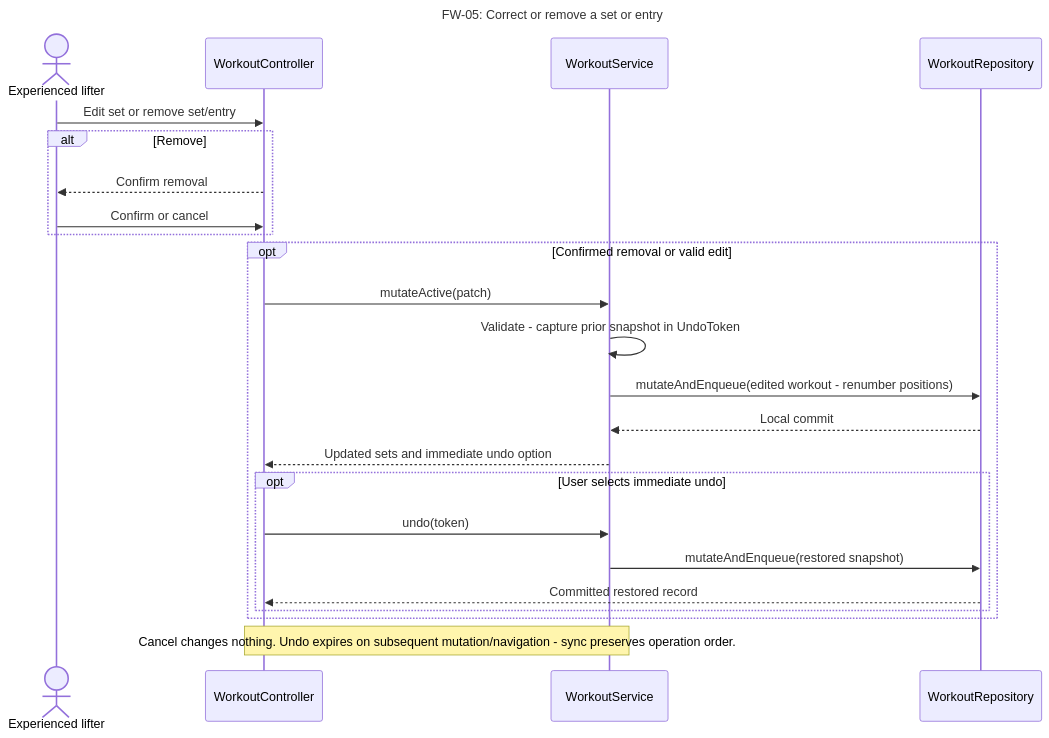
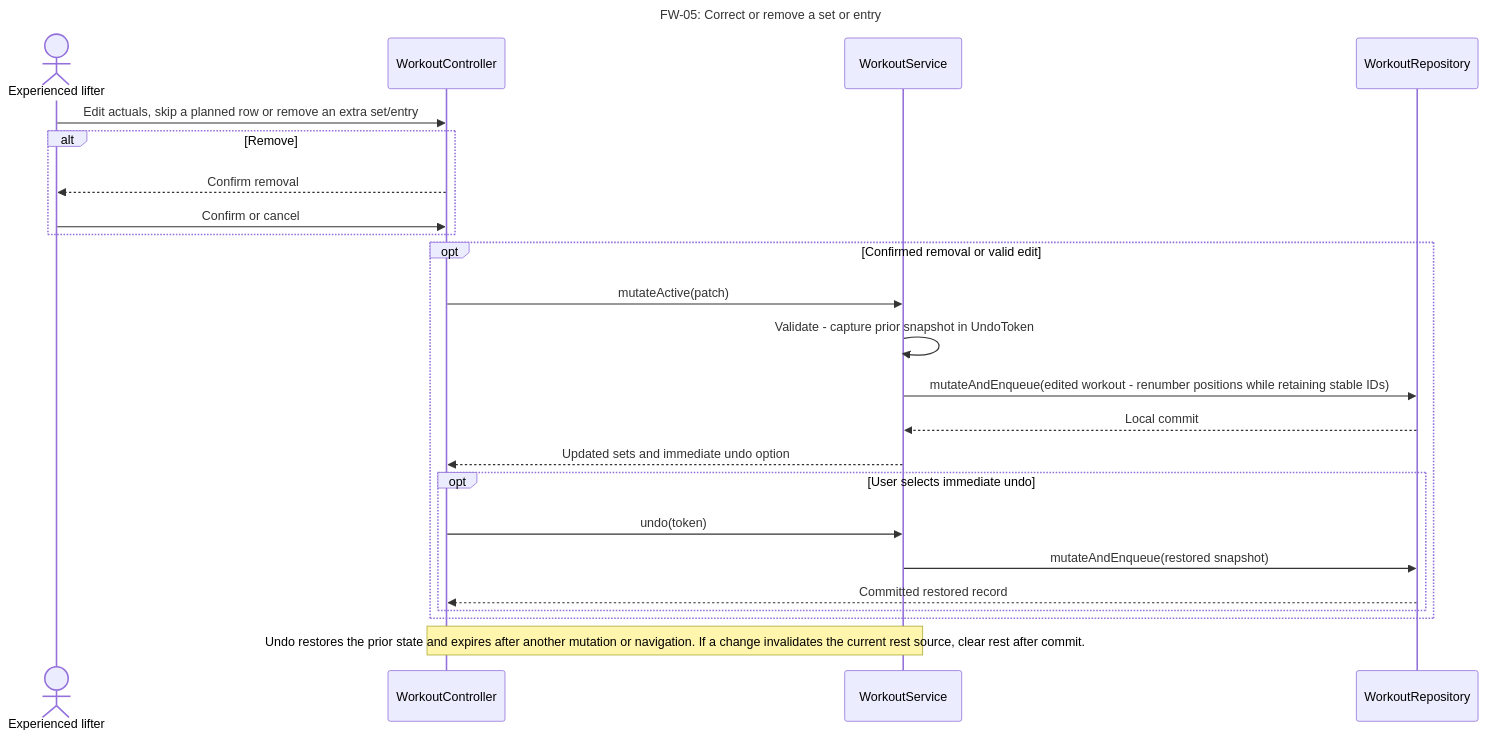
The diagram in docs/part2/design/diagrams/sequence/FW-05.mmd (SebasLopez2005/SWEProject1), drawn with Mermaid before and after one commit. The commit also changed 47 other files, not shown here.

First line of the commit message:
Commit the planned-training design baseline used as One Shot 1 input

```diff
--- a/docs/part2/design/diagrams/sequence/FW-05.mmd
+++ b/docs/part2/design/diagrams/sequence/FW-05.mmd
@@ -1,24 +1,24 @@
 sequenceDiagram
     title FW-05: Correct or remove a set or entry
     actor U as Experienced lifter
     participant C as WorkoutController
     participant S as WorkoutService
     participant R as WorkoutRepository
-    U->>C: Edit set or remove set/entry
+    U->>C: Edit actuals, skip a planned row or remove an extra set/entry
     alt Remove
      C-->>U: Confirm removal
      U->>C: Confirm or cancel
     end
     opt Confirmed removal or valid edit
      C->>S: mutateActive(patch)
      S->>S: Validate -  capture prior snapshot in UndoToken
-     S->>R: mutateAndEnqueue(edited workout -  renumber positions)
+     S->>R: mutateAndEnqueue(edited workout -  renumber positions while retaining stable IDs)
      R-->>S: Local commit
      S-->>C: Updated sets and immediate undo option
      opt User selects immediate undo
       C->>S: undo(token)
       S->>R: mutateAndEnqueue(restored snapshot)
       R-->>C: Committed restored record
      end
     end
-    Note over C,S: Cancel changes nothing. Undo expires on subsequent mutation/navigation -  sync preserves operation order.
+    Note over C,S: Undo restores the prior state and expires after another mutation or navigation. If a change invalidates the current rest source, clear rest after commit.
```
